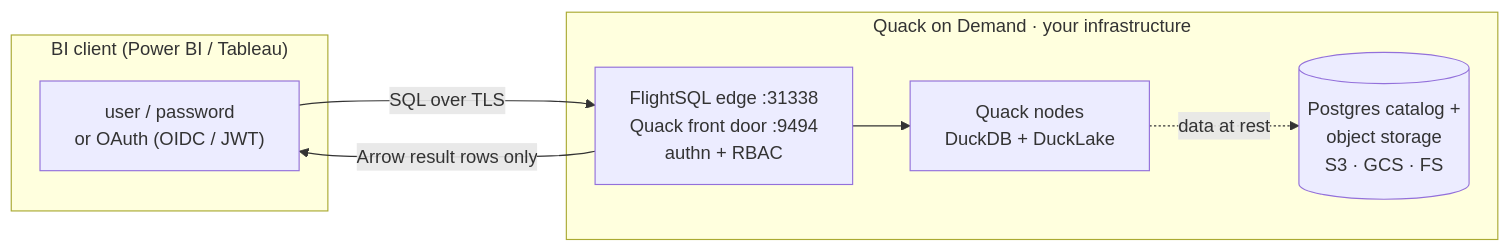
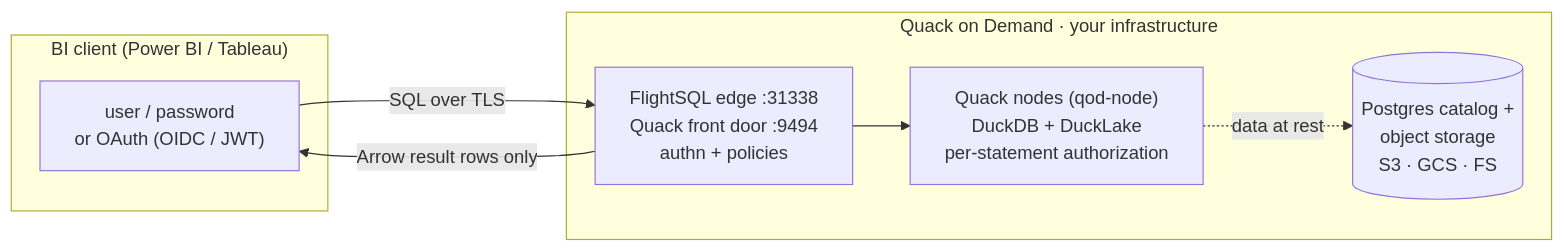
Before and after one commit to starlake-ai/quack-on-demand: the diagram in README.md, drawn with Mermaid. The commit also changed other lines of this file and 6 other files, not shown here.

````diff
--- a/README.md
+++ b/README.md
@@ -305,17 +305,17 @@
 ```mermaid
 flowchart LR
     subgraph client["BI client (Power BI / Tableau)"]
         bi["user / password<br/>or OAuth (OIDC / JWT)"]
     end
 
     subgraph server["Quack on Demand · your infrastructure"]
-        edge["FlightSQL edge :31338<br/>Quack front door :9494<br/>authn + RBAC"]
-        node["Quack nodes<br/>DuckDB + DuckLake"]
+        edge["FlightSQL edge :31338<br/>Quack front door :9494<br/>authn + policies"]
+        node["Quack nodes (qod-node)<br/>DuckDB + DuckLake<br/>per-statement authorization"]
         store[("Postgres catalog +<br/>object storage<br/>S3 · GCS · FS")]
         edge --> node
         node -. data at rest .-> store
     end
 
     bi -- "SQL over TLS" --> edge
     edge -- "Arrow result rows only" --> bi
 ```
````
